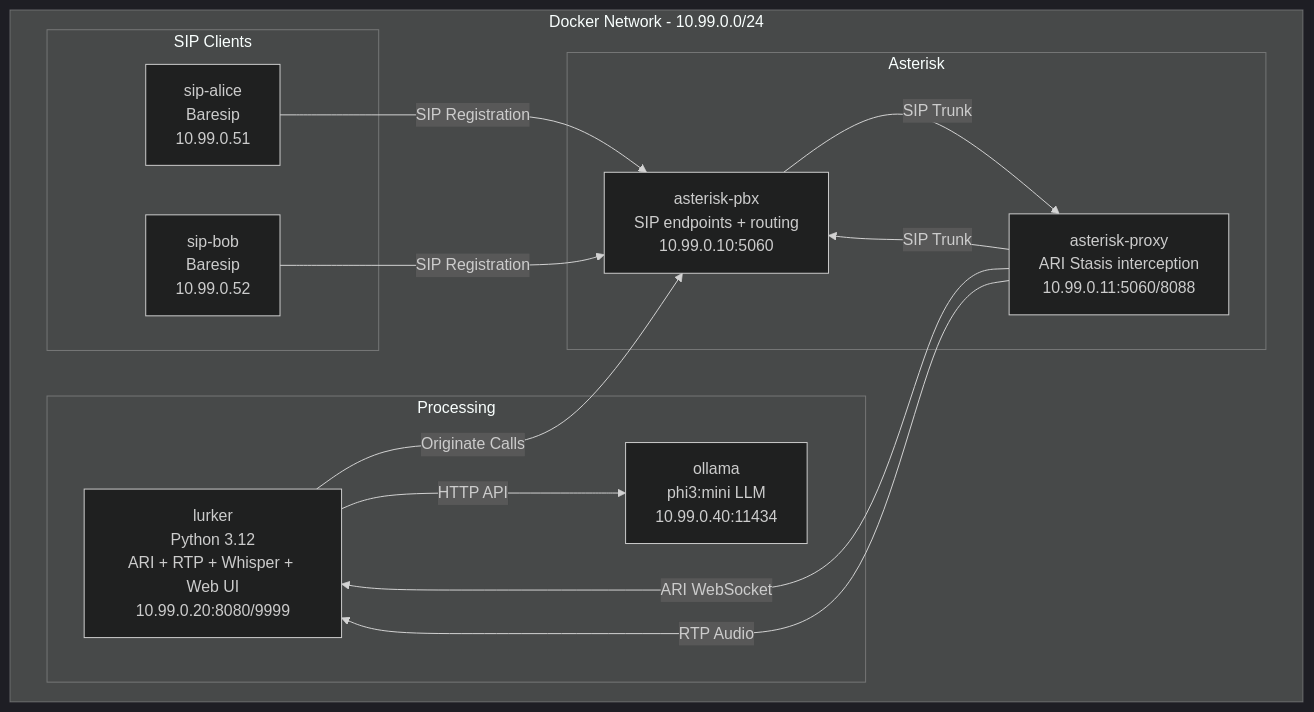
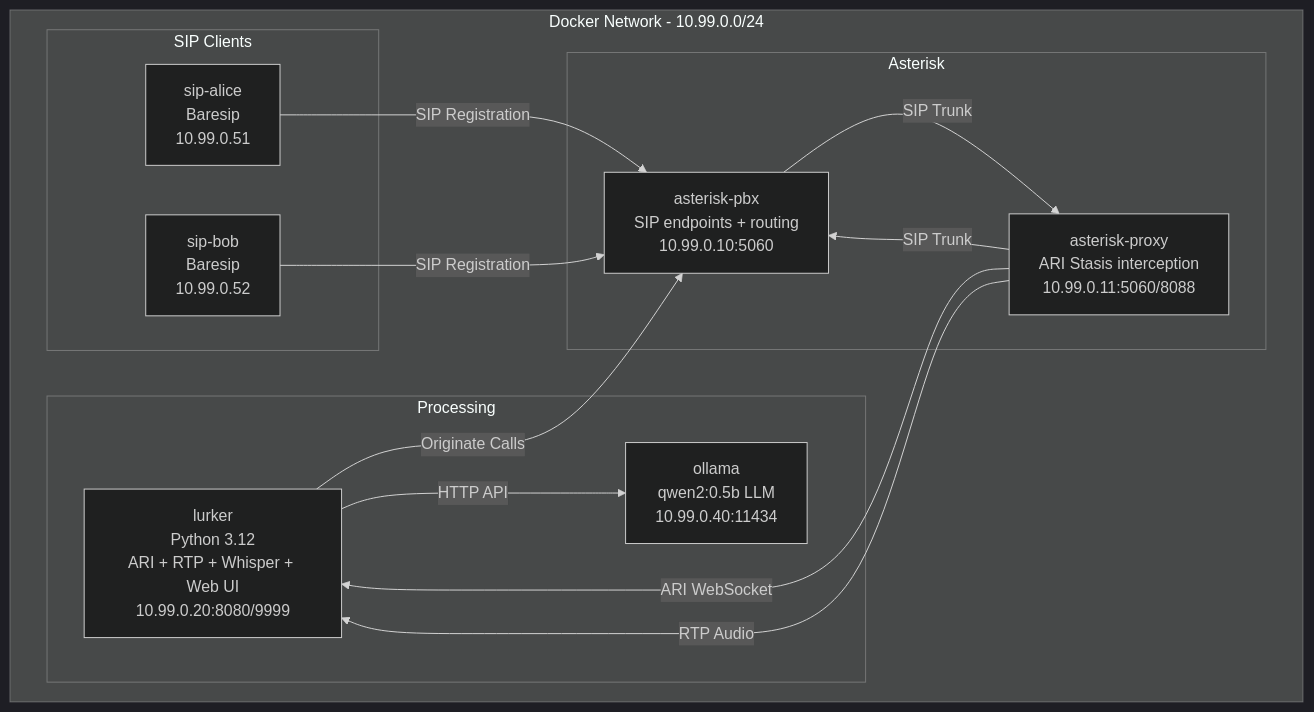
The first of 2 diagrams in README.md (Work-Systems-Ltd/lurker), drawn with Mermaid (dark theme) before and after one commit. The commit also changed other lines of this file and 3 other files, not shown here.

````diff
--- a/README.md
+++ b/README.md
@@ -22,28 +22,28 @@
 ```mermaid
 graph TB
     subgraph Docker Network - 10.99.0.0/24
         subgraph SIP Clients
             alice[sip-alice<br/>Baresip<br/>10.99.0.51]
             bob[sip-bob<br/>Baresip<br/>10.99.0.52]
         end
 
         subgraph Asterisk
             pbx[asterisk-pbx<br/>SIP endpoints + routing<br/>10.99.0.10:5060]
             proxy[asterisk-proxy<br/>ARI Stasis interception<br/>10.99.0.11:5060/8088]
         end
 
         subgraph Processing
             lurker[lurker<br/>Python 3.12<br/>ARI + RTP + Whisper + Web UI<br/>10.99.0.20:8080/9999]
-            ollama[ollama<br/>phi3:mini LLM<br/>10.99.0.40:11434]
+            ollama[ollama<br/>qwen2:0.5b LLM<br/>10.99.0.40:11434]
         end
     end
 
     alice -- SIP Registration --> pbx
     bob -- SIP Registration --> pbx
     pbx -- SIP Trunk --> proxy
     proxy -- SIP Trunk --> pbx
     proxy -- ARI WebSocket --> lurker
     proxy -- RTP Audio --> lurker
     lurker -- HTTP API --> ollama
     lurker -- Originate Calls --> pbx
 ```
````
